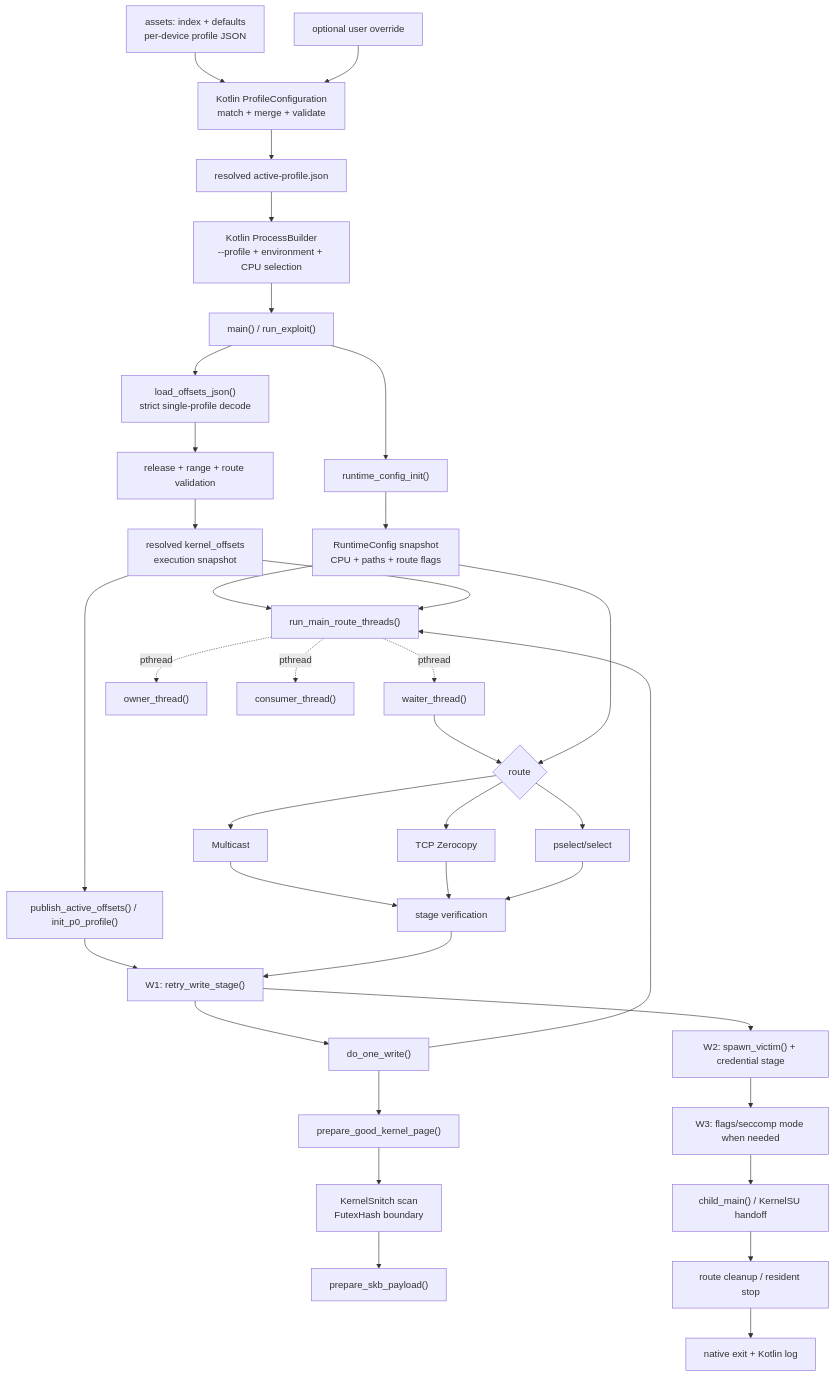
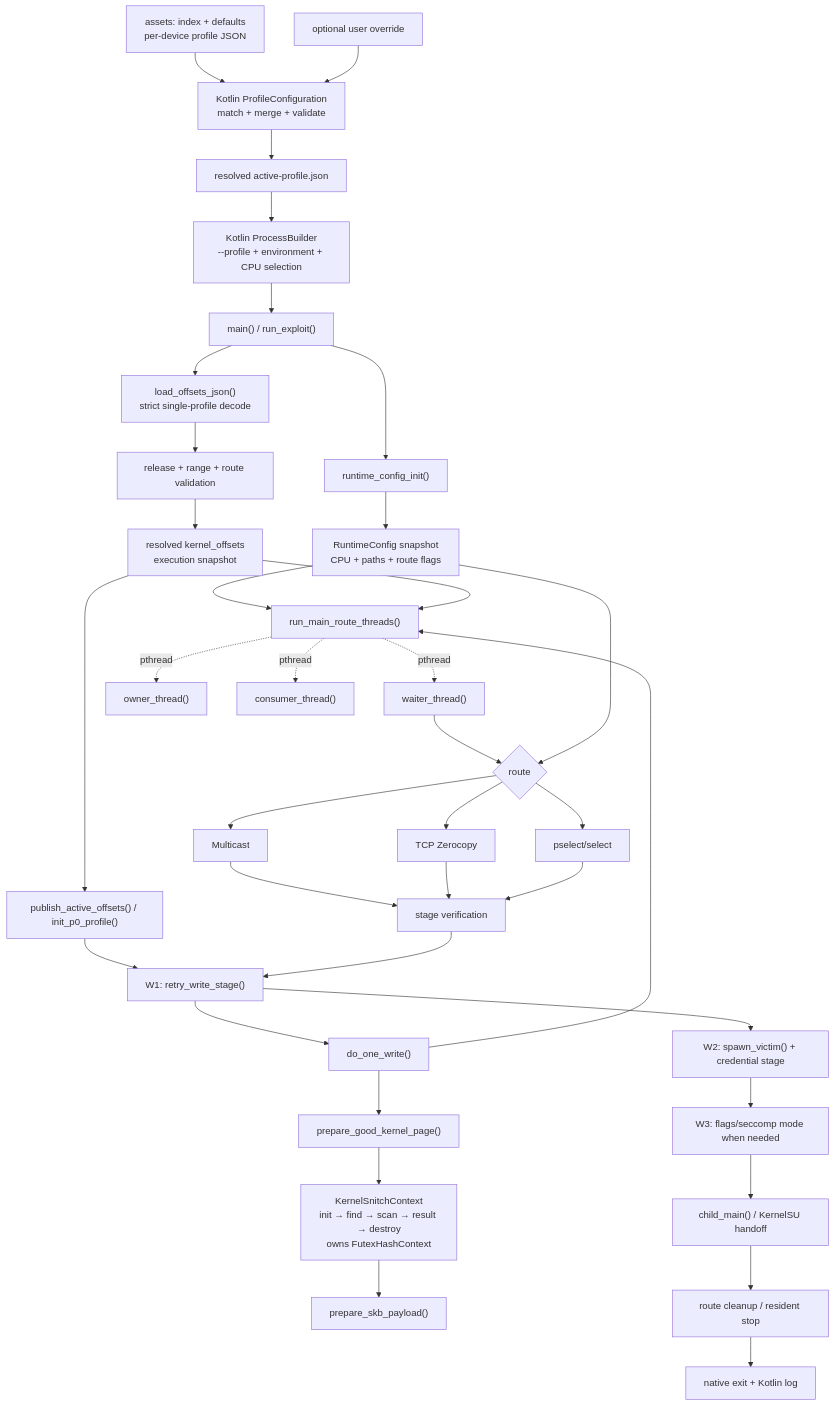
The first of 7 diagrams in analysis/routes.md (YuKongA/ghostlock-app), drawn with Mermaid before and after one commit. The commit also changed other lines of this file and 3 other files, not shown here.

````diff
--- a/analysis/routes.md
+++ b/analysis/routes.md
@@ -7,39 +7,39 @@
 ```mermaid
 flowchart TD
     Assets["assets: index + defaults<br/>per-device profile JSON"] --> Resolve["Kotlin ProfileConfiguration<br/>match + merge + validate"]
     Override["optional user override"] --> Resolve
     Resolve --> Active["resolved active-profile.json"]
     Active --> Launch["Kotlin ProcessBuilder<br/>--profile + environment + CPU selection"]
     Launch --> Main["main() / run_exploit()"]
     Main --> Config["runtime_config_init()"]
     Config --> Snapshot["RuntimeConfig snapshot<br/>CPU + paths + route flags"]
     Main --> Decode["load_offsets_json()<br/>strict single-profile decode"]
     Decode --> Validate["release + range + route validation"]
     Validate --> Profile["resolved kernel_offsets<br/>execution snapshot"]
     Profile --> Init["publish_active_offsets() / init_p0_profile()"]
     Init --> W1["W1: retry_write_stage()"]
     W1 --> Write["do_one_write()"]
     Write --> Page["prepare_good_kernel_page()"]
-    Page --> Snitch["KernelSnitch scan<br/>FutexHash boundary"]
+    Page --> Snitch["KernelSnitchContext<br/>init → find → scan → result → destroy<br/>owns FutexHashContext"]
     Snitch --> Payload["prepare_skb_payload()"]
     Write --> Race["run_main_route_threads()"]
     Snapshot --> Race
     Profile --> Race
     Race -. pthread .-> Waiter["waiter_thread()"]
     Race -. pthread .-> Owner["owner_thread()"]
     Race -. pthread .-> Consumer["consumer_thread()"]
     Waiter --> Choice{"route"}
     Snapshot --> Choice
     Choice --> M["Multicast"]
     Choice --> T["TCP Zerocopy"]
     Choice --> P["pselect/select"]
     M --> Verify["stage verification"]
     T --> Verify
     P --> Verify
     Verify --> W1
     W1 --> W2["W2: spawn_victim() + credential stage"]
     W2 --> W3["W3: flags/seccomp mode when needed"]
     W3 --> Root["child_main() / KernelSU handoff"]
     Root --> Cleanup["route cleanup / resident stop"]
     Cleanup --> Exit["native exit + Kotlin log"]
 ```
````
